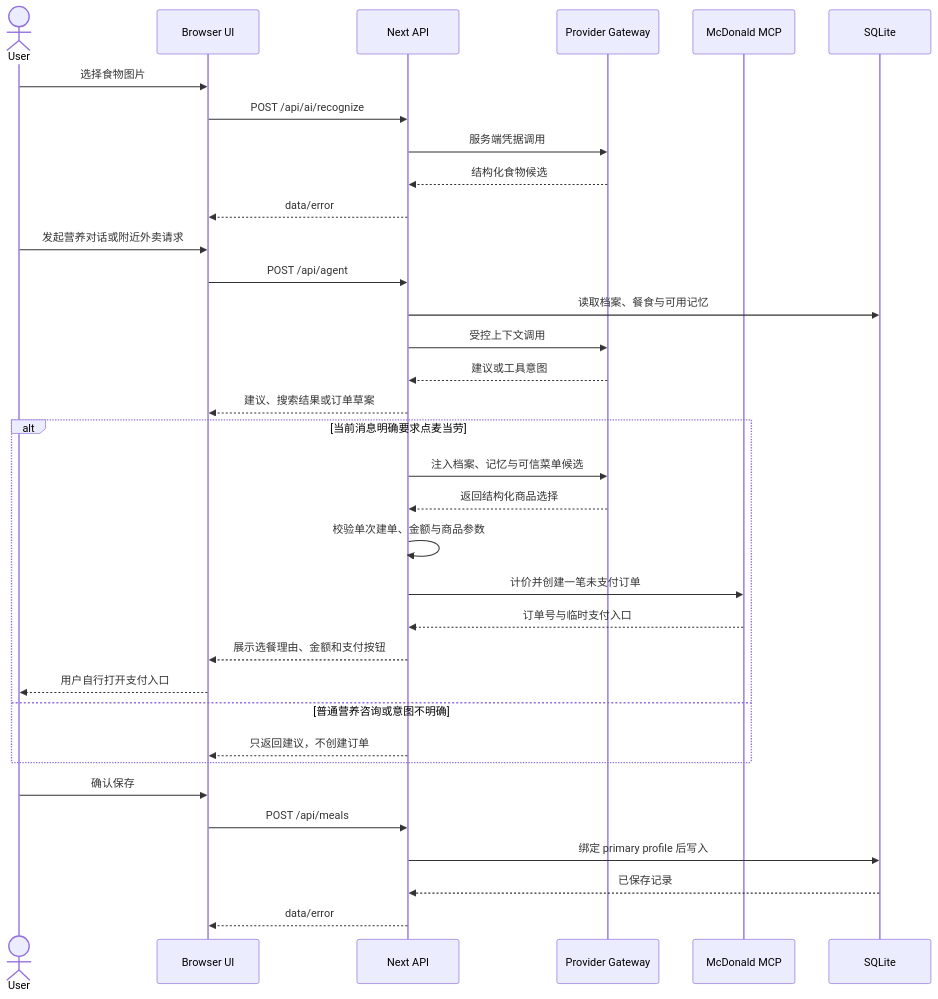
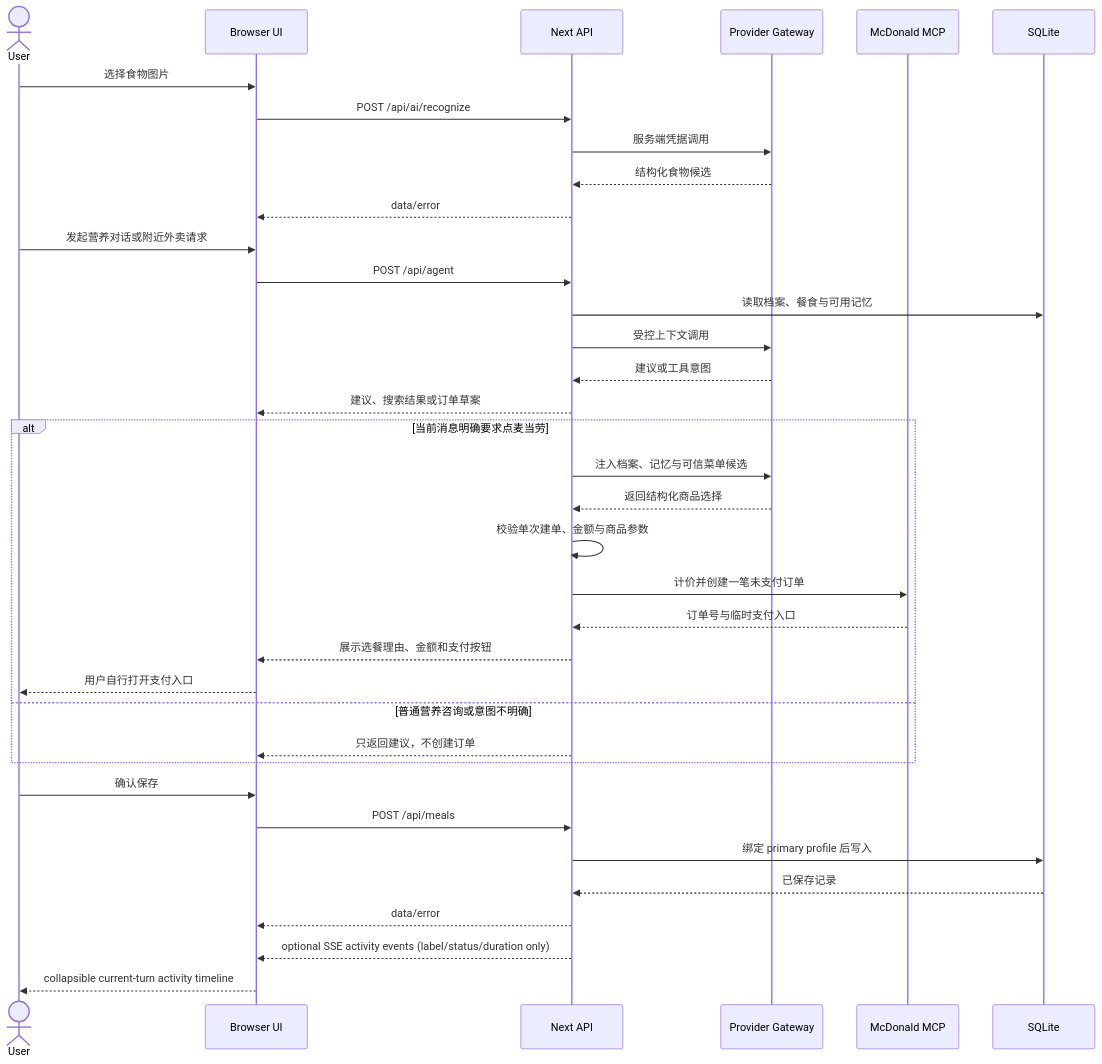
Before and after one commit to lehengzhangJacob/software_train: the diagram in dev_repo/architecture/diagrams/runtime-flow.mmd, drawn with Mermaid. The commit also changed 13 other files, not shown here.

Commit message:
feat(agent): stream activity events for multi-step turns

```diff
--- a/dev_repo/architecture/diagrams/runtime-flow.mmd
+++ b/dev_repo/architecture/diagrams/runtime-flow.mmd
@@ -1,34 +1,36 @@
 sequenceDiagram
   actor User
   participant UI as Browser UI
   participant API as Next API
   participant AI as Provider Gateway
   participant MCP as McDonald MCP
   participant DB as SQLite
   User->>UI: 选择食物图片
   UI->>API: POST /api/ai/recognize
   API->>AI: 服务端凭据调用
   AI-->>API: 结构化食物候选
   API-->>UI: data/error
   User->>UI: 发起营养对话或附近外卖请求
   UI->>API: POST /api/agent
   API->>DB: 读取档案、餐食与可用记忆
   API->>AI: 受控上下文调用
   AI-->>API: 建议或工具意图
   API-->>UI: 建议、搜索结果或订单草案
   alt 当前消息明确要求点麦当劳
     API->>AI: 注入档案、记忆与可信菜单候选
     AI-->>API: 返回结构化商品选择
     API->>API: 校验单次建单、金额与商品参数
     API->>MCP: 计价并创建一笔未支付订单
     MCP-->>API: 订单号与临时支付入口
     API-->>UI: 展示选餐理由、金额和支付按钮
     UI-->>User: 用户自行打开支付入口
   else 普通营养咨询或意图不明确
     API-->>UI: 只返回建议，不创建订单
   end
   User->>UI: 确认保存
   UI->>API: POST /api/meals
   API->>DB: 绑定 primary profile 后写入
   DB-->>API: 已保存记录
   API-->>UI: data/error
+  API-->>UI: optional SSE activity events (label/status/duration only)
+  UI-->>User: collapsible current-turn activity timeline
```
